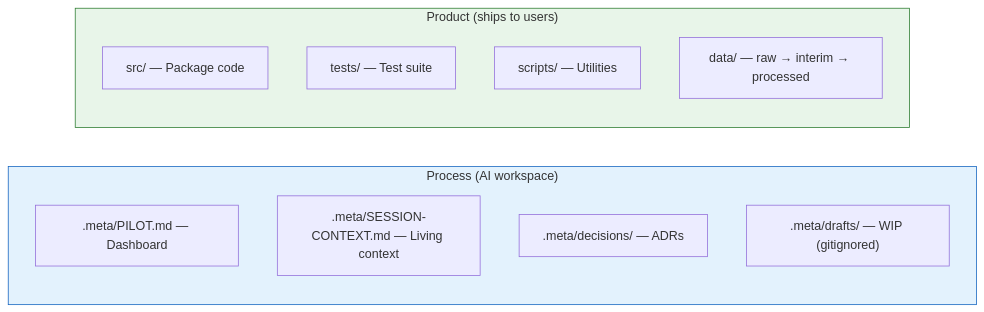
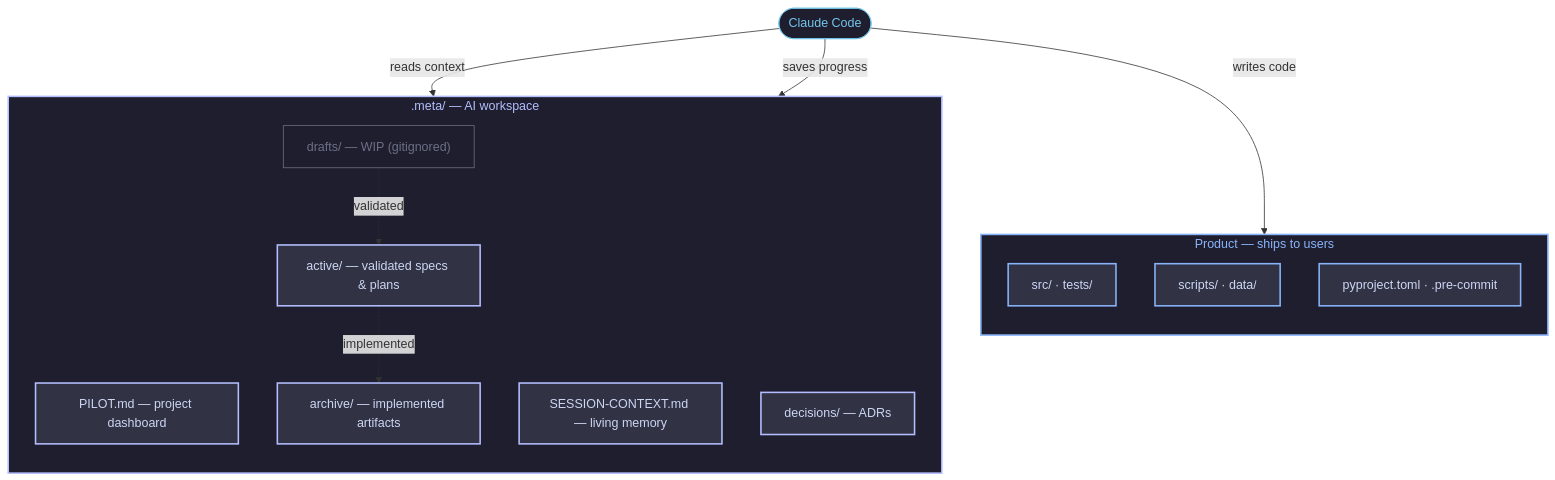
One commit to Vincent-20-100/metadev-protocol changed the diagram in README.md. Above: the diagram before and after it, drawn with Mermaid. The commit also changed other lines of this file and 4 other files, not shown here.

First line of the commit message:
docs: rewrite README for clarity, flow, and visual impact

````diff
--- a/README.md
+++ b/README.md
@@ -42,23 +42,35 @@
 ```mermaid
 flowchart TB
-    subgraph Product ["Product (ships to users)"]
+    classDef product fill:#313244,stroke:#89b4fa,stroke-width:2px,color:#cdd6f4
+    classDef process fill:#313244,stroke:#b4befe,stroke-width:2px,color:#cdd6f4
+    classDef ai      fill:#1e1e2e,stroke:#74c7ec,stroke-width:1px,color:#74c7ec
+    classDef rule    fill:#1e1e2e,stroke:#6c7086,stroke-width:1px,color:#6c7086
+
+    subgraph PRODUCT["Product — ships to users"]
         direction TB
-        SRC["src/ — Package code"]
-        TESTS["tests/ — Test suite"]
-        SCRIPTS["scripts/ — Utilities"]
-        DATA["data/ — raw → interim → processed"]
+        SRC["src/ · tests/"]:::product
+        SCRIPTS["scripts/ · data/"]:::product
+        CFG["pyproject.toml · .pre-commit"]:::product
     end
 
-    subgraph Process ["Process (AI workspace)"]
+    subgraph PROCESS[".meta/ — AI workspace"]
         direction TB
-        PILOT[".meta/PILOT.md — Dashboard"]
-        SESSION[".meta/SESSION-CONTEXT.md — Living context"]
-        DECISIONS[".meta/decisions/ — ADRs"]
-        DRAFTS[".meta/drafts/ — WIP (gitignored)"]
+        PILOT["PILOT.md — project dashboard"]:::process
+        SESSION["SESSION-CONTEXT.md — living memory"]:::process
+        ACTIVE["active/ — validated specs & plans"]:::process
+        ARCHIVE["archive/ — implemented artifacts"]:::process
+        DRAFTS["drafts/ — WIP (gitignored)"]:::rule
+        DECISIONS["decisions/ — ADRs"]:::process
     end
 
-    Product ~~~ Process
+    AI(["Claude Code"]):::ai
 
-    style Product fill:#e8f5e9,stroke:#2e7d32
-    style Process fill:#e3f2fd,stroke:#1565c0
+    AI -->|"reads context"| PILOT
+    AI -->|"writes code"| SRC
+    AI -->|"saves progress"| SESSION
+    DRAFTS -.->|"validated"| ACTIVE
+    ACTIVE -.->|"implemented"| ARCHIVE
+
+    style PRODUCT fill:#1e1e2e,stroke:#89b4fa,stroke-width:2px,color:#89b4fa
+    style PROCESS fill:#1e1e2e,stroke:#b4befe,stroke-width:2px,color:#b4befe
 ```
````
